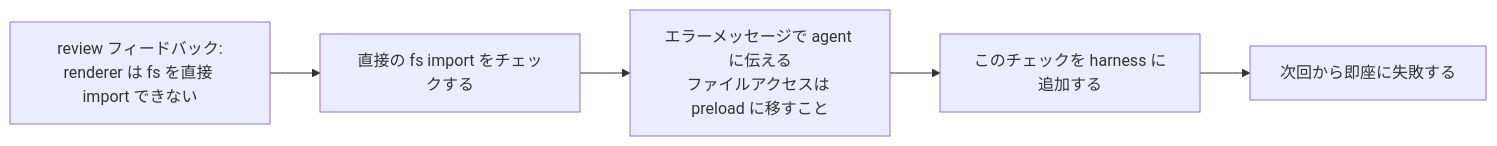
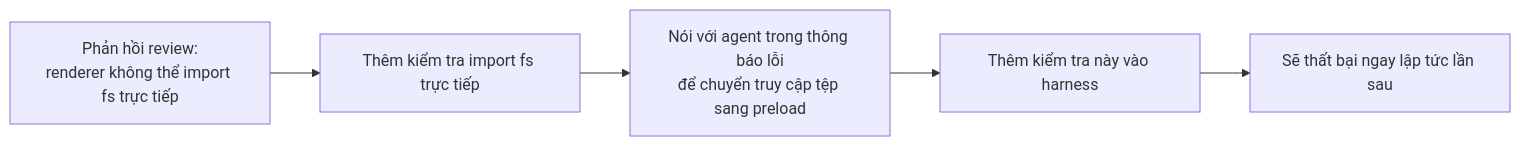
The second of 2 diagrams in docs/vi/lectures/lecture-10-why-end-to-end-testing-changes-results/index.md (mkusaka/learn-harness-engineering), drawn with Mermaid before and after one commit. The commit also changed other lines of this file and 684 other files, not shown here.

````diff
--- a/docs/vi/lectures/lecture-10-why-end-to-end-testing-changes-results/index.md
+++ b/docs/vi/lectures/lecture-10-why-end-to-end-testing-changes-results/index.md
@@ -52,7 +52,7 @@
 ```mermaid
 flowchart LR
-    Review["review フィードバック:<br/>renderer は fs を直接 import できない"] --> Rule["直接の fs import をチェックする"]
-    Rule --> Message["エラーメッセージで agent に伝える<br/>ファイルアクセスは preload に移すこと"]
-    Message --> Harness["このチェックを harness に追加する"]
-    Harness --> Stronger["次回から即座に失敗する"]
+    Review["Phản hồi review:<br/>renderer không thể import fs trực tiếp"] --> Rule["Thêm kiểm tra import fs trực tiếp"]
+    Rule --> Message["Nói với agent trong thông báo lỗi<br/>để chuyển truy cập tệp sang preload"]
+    Message --> Harness["Thêm kiểm tra này vào harness"]
+    Harness --> Stronger["Sẽ thất bại ngay lập tức lần sau"]
 ```
````
